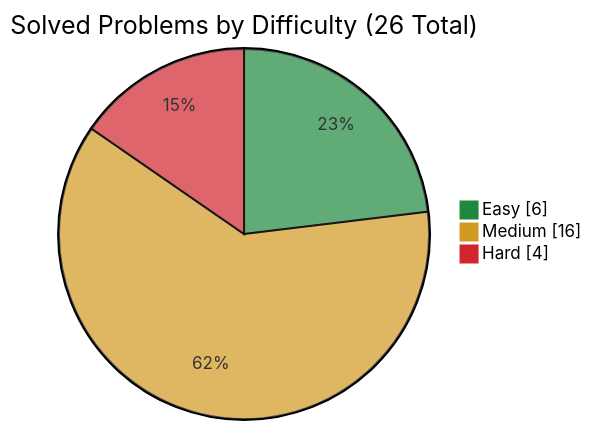
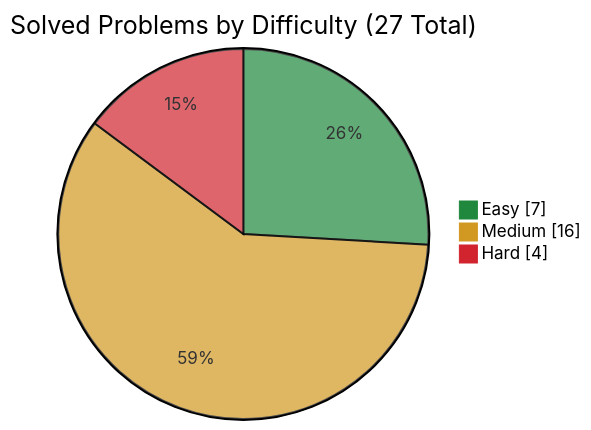
Before and after one commit to simonesiega/leetcode-solutions: the first of 2 diagrams in README.md, drawn with Mermaid. The commit also changed other lines of this file and 33 other files, not shown here.

````diff
--- a/README.md
+++ b/README.md
@@ -60,8 +60,8 @@
 ```mermaid
 %%{init: {"themeVariables": {"pie1": "#1f883d", "pie2": "#d29922", "pie3": "#d1242f"}}}%%
 pie showData
-    title Solved Problems by Difficulty (26 Total)
-    "Easy" : 6
+    title Solved Problems by Difficulty (27 Total)
+    "Easy" : 7
     "Medium" : 16
     "Hard" : 4
 ```
````
